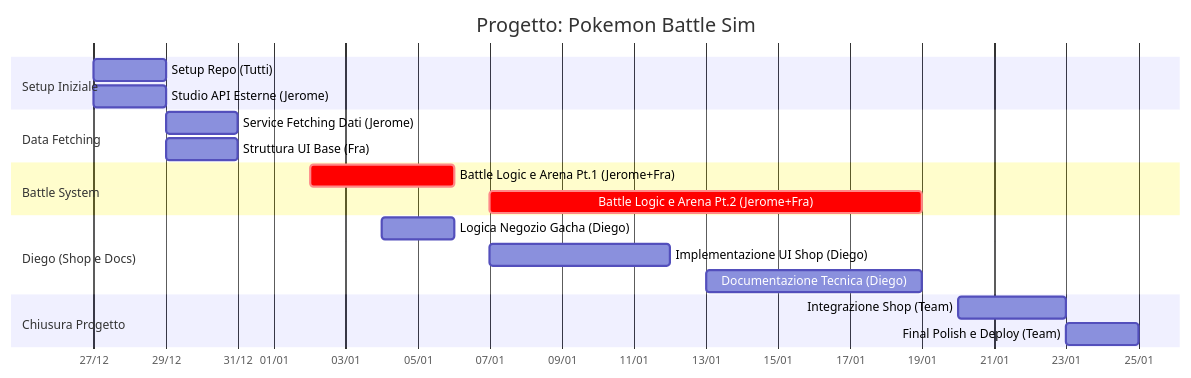
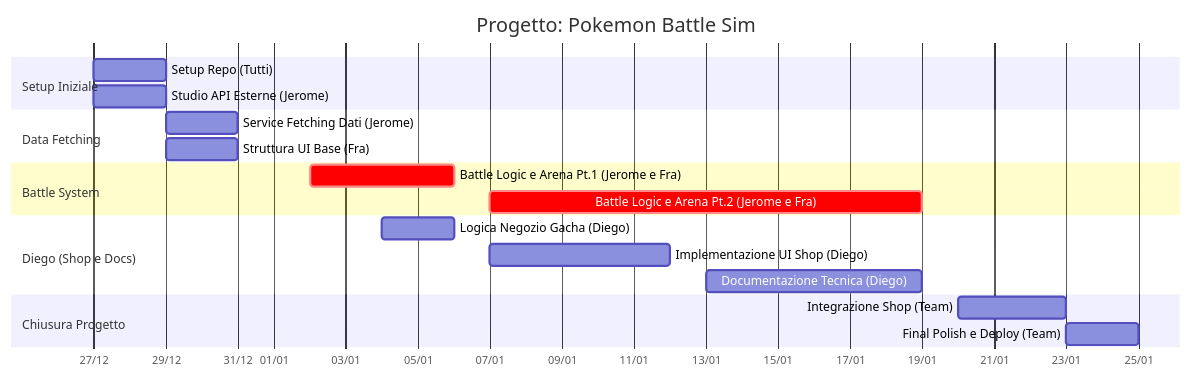
One commit to ColcolJerome/TPS-Progetto_API changed the diagram in docs/GANTT.md. Above: the diagram before and after it, drawn with Mermaid. The commit also changed other lines of this file, not shown here.

````diff
--- a/docs/GANTT.md
+++ b/docs/GANTT.md
@@ -5,27 +5,27 @@
-<div class="mermaid">
+```mermaid
 gantt
     title Progetto: Pokemon Battle Sim
     dateFormat  YYYY-MM-DD
     axisFormat  %d/%m
     
     section Setup Iniziale
-    Setup Repo (Tutti)      :t1, 2025-12-27, 2d
+    Setup Repo (Tutti)            :t1, 2025-12-27, 2d
     Studio API Esterne (Jerome)   :t2, 2025-12-27, 2d
     
     section Data Fetching
     Service Fetching Dati (Jerome):t3, 2025-12-29, 2d
     Struttura UI Base (Fra)       :t4, 2025-12-29, 2d
 
     section Battle System
-    Battle Logic e Arena Pt.1 (Jerome+Fra) :crit, t5, 2026-01-02, 4d
-    Battle Logic e Arena Pt.2 (Jerome+Fra) :crit, t6, 2026-01-07, 12d
+    Battle Logic e Arena Pt.1 (Jerome e Fra) :crit, t5, 2026-01-02, 4d
+    Battle Logic e Arena Pt.2 (Jerome e Fra) :crit, t6, 2026-01-07, 12d
 
     section Diego (Shop e Docs)
-    Logica Negozio Gacha (Diego)  :t7, 2026-01-04, 2d
+    Logica Negozio Gacha (Diego)   :t7, 2026-01-04, 2d
     Implementazione UI Shop (Diego):t8, 2026-01-07, 5d
-    Documentazione Tecnica (Diego):t9, 2026-01-13, 6d
+    Documentazione Tecnica (Diego) :t9, 2026-01-13, 6d
     
     section Chiusura Progetto
-    Integrazione Shop (Team):t10, 2026-01-20, 3d
+    Integrazione Shop (Team)     :t10, 2026-01-20, 3d
     Final Polish e Deploy (Team)  :t11, 2026-01-23, 2d
-</div>
+```
````
